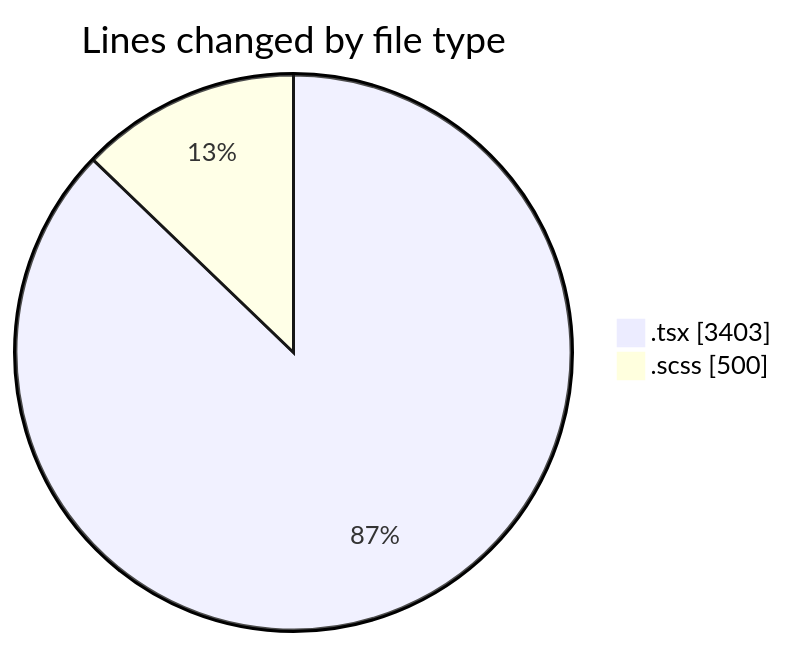
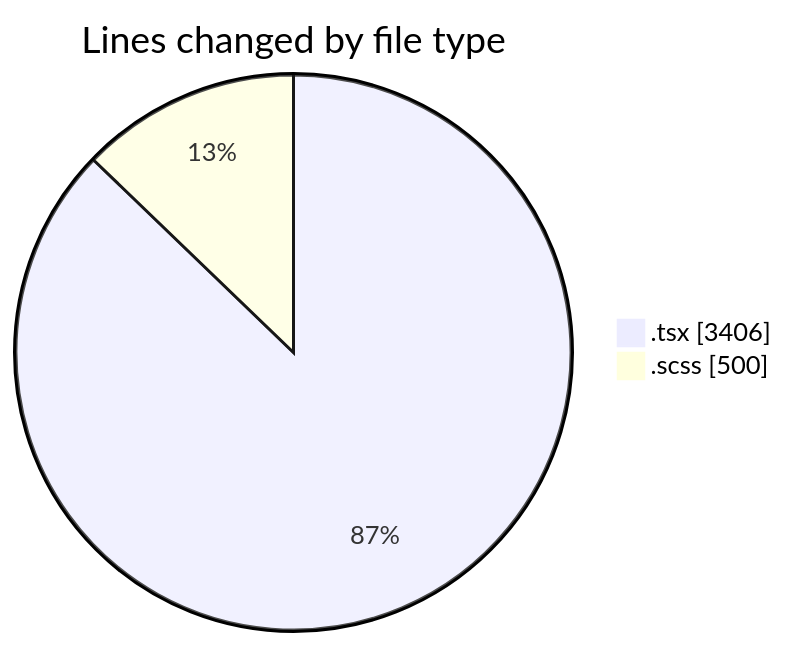
Before and after one commit to momahboobian/code-tracking: the first of 2 diagrams in 2025-04-10/cda/README.md, drawn with Mermaid. The commit also changed other lines of this file and 1 other file, not shown here.

````diff
--- a/2025-04-10/cda/README.md
+++ b/2025-04-10/cda/README.md
@@ -26,6 +26,6 @@
 ```mermaid
 pie showData
 title Lines changed by file type
-".tsx" : 3403
+".tsx" : 3406
 ".scss" : 500
 ```
````
